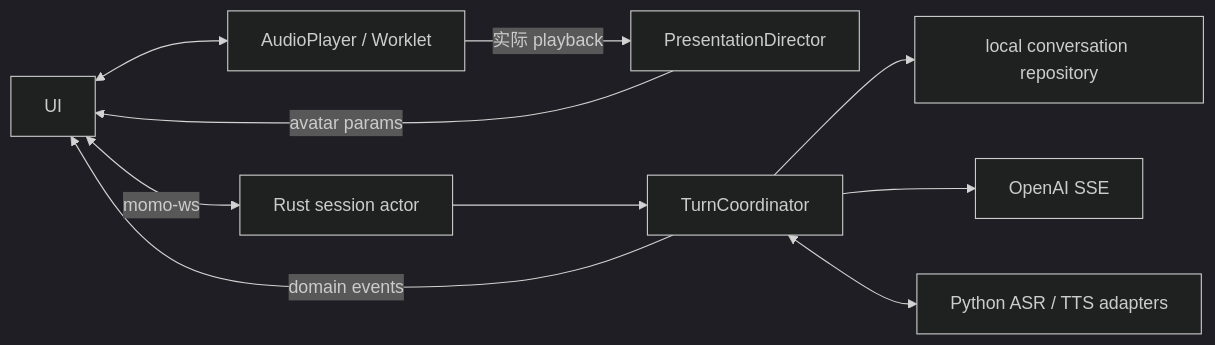
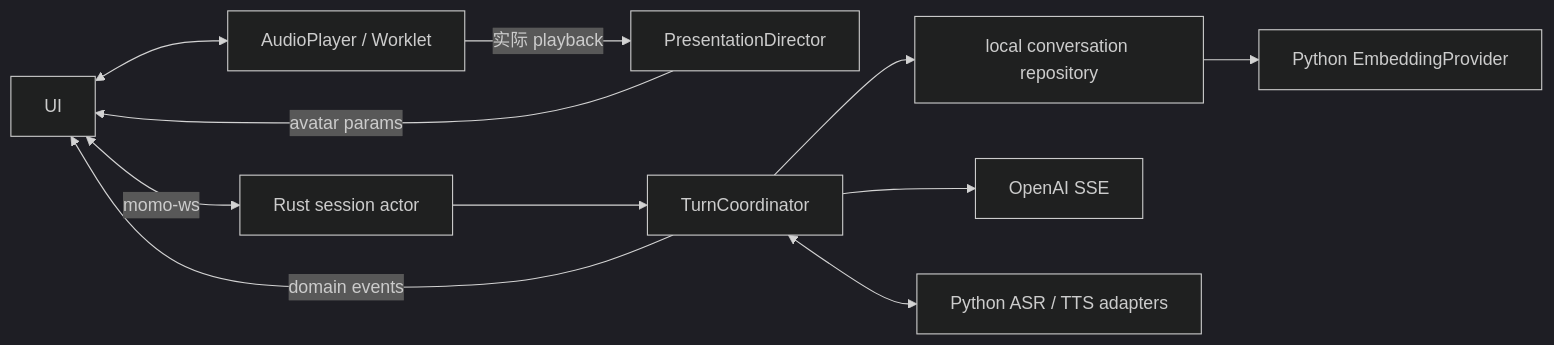
Before and after one commit to Momoyeyu/momo: the first of 2 diagrams in docs/02-repos/momo-app.md, drawn with Mermaid (dark theme). The commit also changed 9 other files, not shown here.

````diff
--- a/docs/02-repos/momo-app.md
+++ b/docs/02-repos/momo-app.md
@@ -20,12 +20,13 @@
 ```mermaid
 flowchart LR
     UI <--> AUDIO["AudioPlayer / Worklet"]
     AUDIO -->|"实际 playback"| PRESENT["PresentationDirector"]
     PRESENT -->|"avatar params"| UI
     UI <-->|"momo-ws"| ACTOR["Rust session actor"]
     ACTOR --> TURN["TurnCoordinator"]
     TURN -->|"domain events"| UI
     TURN --> REPO["local conversation repository"]
+    REPO --> EMBED["Python EmbeddingProvider"]
     TURN --> LLM["OpenAI SSE"]
     TURN <--> MODELS["Python ASR / TTS adapters"]
 ```
````
